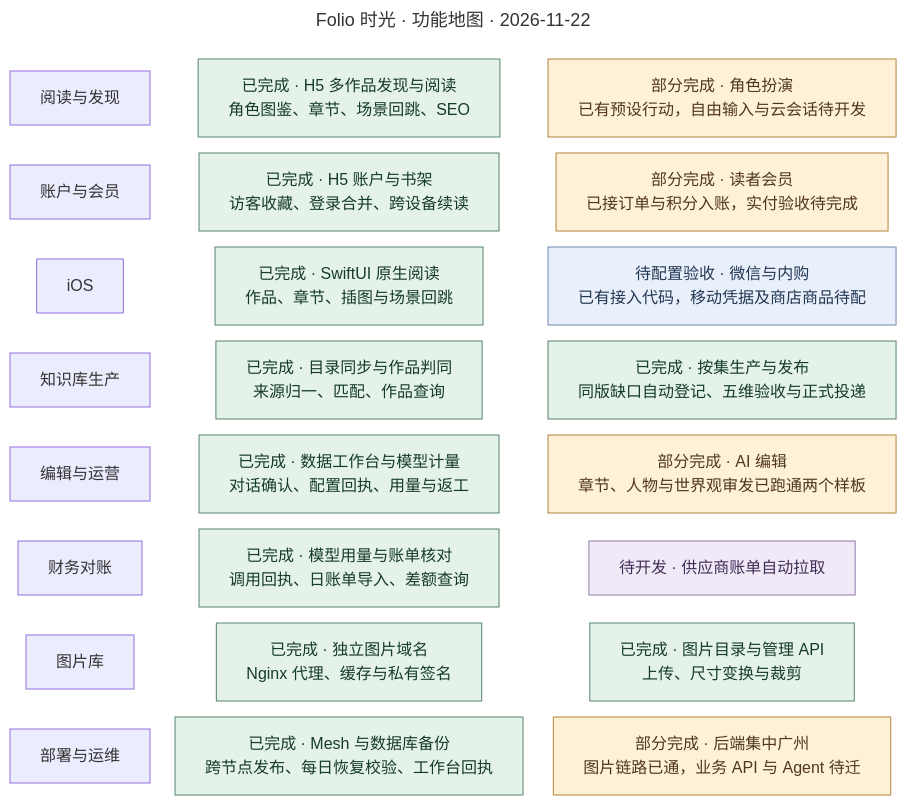
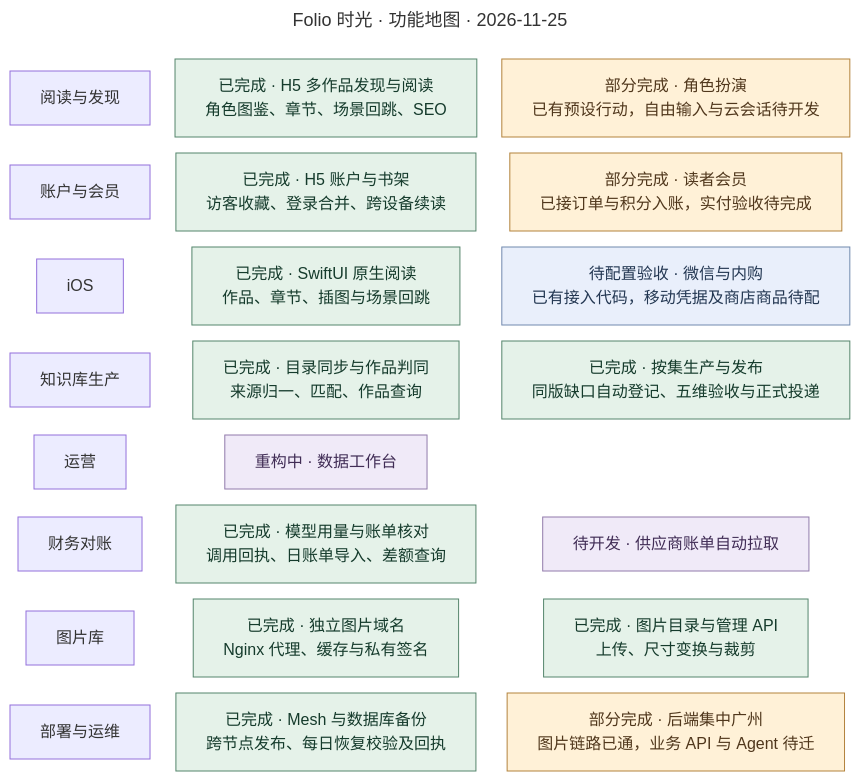
The diagram in docs/diagrams/features.mmd (bluedao10000/player), drawn with Mermaid before and after one commit. The commit also changed 197 other files, not shown here.

```diff
--- a/docs/diagrams/features.mmd
+++ b/docs/diagrams/features.mmd
@@ -1,49 +1,48 @@
 ---
-title: Folio 时光 · 功能地图 · 2026-11-22
+title: Folio 时光 · 功能地图 · 2026-11-25
 config:
   flowchart:
     wrappingWidth: 320
     nodeSpacing: 16
     rankSpacing: 25
 ---
 flowchart LR
   read["阅读与发现"] ~~~ library["已完成 · H5 多作品发现与阅读<br/>角色图鉴、章节、场景回跳、SEO"] ~~~ play["部分完成 · 角色扮演<br/>已有预设行动，自由输入与云会话待开发"]
   user["账户与会员"] ~~~ account["已完成 · H5 账户与书架<br/>访客收藏、登录合并、跨设备续读"] ~~~ payment["部分完成 · 读者会员<br/>已接订单与积分入账，实付验收待完成"]
   mobile["iOS"] ~~~ ios["已完成 · SwiftUI 原生阅读<br/>作品、章节、插图与场景回跳"] ~~~ store["待配置验收 · 微信与内购<br/>已有接入代码，移动凭据及商店商品待配"]
   data["知识库生产"] ~~~ sync["已完成 · 目录同步与作品判同<br/>来源归一、匹配、作品查询"] ~~~ publish["已完成 · 按集生产与发布<br/>同版缺口自动登记、五维验收与正式投递"]
-  ops["编辑与运营"] ~~~ desk["已完成 · 数据工作台与模型计量<br/>对话确认、配置回执、用量与返工"] ~~~ edit["部分完成 · AI 编辑<br/>章节、人物与世界观审发已跑通两个样板"]
+  ops["运营"] ~~~ desk["重构中 · 数据工作台"]
   finance["财务对账"] ~~~ ledger["已完成 · 模型用量与账单核对<br/>调用回执、日账单导入、差额查询"] ~~~ bills["待开发 · 供应商账单自动拉取"]
   media["图片库"] ~~~ delivery["已完成 · 独立图片域名<br/>Nginx 代理、缓存与私有签名"] ~~~ assets["已完成 · 图片目录与管理 API<br/>上传、尺寸变换与裁剪"]
-  infra["部署与运维"] ~~~ backup["已完成 · Mesh 与数据库备份<br/>跨节点发布、每日恢复校验、工作台回执"] ~~~ cloud["部分完成 · 后端集中广州<br/>图片链路已通，业务 API 与 Agent 待迁"]
+  infra["部署与运维"] ~~~ backup["已完成 · Mesh 与数据库备份<br/>跨节点发布、每日恢复校验及回执"] ~~~ cloud["部分完成 · 后端集中广州<br/>图片链路已通，业务 API 与 Agent 待迁"]
   classDef done fill:#e5f2e9,stroke:#55856c,color:#153b2c
   classDef partial fill:#fff1d7,stroke:#b3833d,color:#50371c
   classDef todo fill:#f0eaf8,stroke:#917bab,color:#412d56
   classDef pending fill:#e9effb,stroke:#7189ae,color:#233752
-  class library,account,ios,sync,publish,desk,backup,ledger,assets,delivery done
-  class play,payment,edit,cloud partial
+  class library,account,ios,sync,publish,backup,ledger,assets,delivery done
+  class play,payment,cloud partial
   class store pending
-  class bills todo
+  class bills,desk todo
 %% read | 读者从公开作品页进入人物、章节和场景。 | docs/功能地图.md
 %% library | 首页和目录支持多作品，静态站使用客户端 canonical、JSON-LD 与服务端 sitemap。 | docs/架构实现核验.md
 %% play | 原创角色支持预设剧情行动与本地存档。读者自由输入、持久角色状态与跨设备续玩待接入。 | apps/web/src/features/post/roleplay-controls.tsx
 %% user | 涵盖 H5 身份、书架、读者会员。 | docs/读者账户/设计.md
 %% account | 邮箱登录后可合并或跳过本机记录，在新设备恢复到原段落。 | apps/api/internal/handler/knowledge/reader_test.go
 %% payment | Free、Plus、Pro、会员订单与积分入账已有实现。读者会员积分消费入口待开发。 | docs/功能地图.md
 %% mobile | 原生阅读与发行、登录及商店配置分别验收。 | apps/ios/README.md
 %% ios | 模拟器已从正式站进入火影章节并解码 11 张图。角色与场景入口支持回到原段。 | apps/ios/Folio/Reading.swift
 %% store | 微信移动应用凭据、App Store 商品配置与真机支付验收待完成。 | apps/ios/README.md
 %% data | 知识库以 PostgreSQL 保存来源、业务作品和定稿指针。 | docs/knowledge-base.md
 %% sync | 目录按版本同步，规则归并与 AI 辅助判同支持候选审计。 | apps/api/internal/service/knowledge/curation.go
 %% publish | 数据服务按分集配置调度 Pi；通过五维验收后按定稿指纹投递并校验公开路径。 | apps/sync/cmd/reader-release
-%% ops | 内部工作台区分内容审稿与运行观察。 | apps/web/src/routes/workbench.tsx
-%% desk | 本地对话确认结构化计划差异，并显示配置、模型回执和失败记录。 | apps/web/src/features/workbench/editor-desk.tsx
-%% edit | 两个样板支持一句话修订章节、场景、人物及世界观，手机预览后整项审发。 | docs/功能地图.md
+%% ops | 运营任务的运行记录由数据库保存。 | docs/运维手册.md
+%% desk | 旧工作台页面及专用接口已下线。 | docs/功能地图.md
 %% finance | 按供应商、用途和模型追踪实际调用与账务差异。 | docs/模型用量与计费.md
 %% ledger | 已支持导入日账单并按币种核对。 | apps/api/internal/repository/queries/billing/queries.queries
 %% bills | 供应商日账单仍需导入。 | docs/模型用量与计费.md
 %% media | 独立域名统一读取业务图片。 | docs/图片库架构.md
 %% delivery | 图片域名经 Nginx 连接广州 Axum，支持公开缓存及私有签名。 | deploy/gateway/nginx/nginx.conf
 %% assets | 独立实例提供目录、上传、变换和私有签名。 | apps/image/README.md
 %% infra | 四个 Mesh 节点分别承担公网入口、制作、媒体与备份。 | docs/部署架构.md
-%% backup | 每日广州数据库快照在 K3s 恢复并逐表核对，内部面板保留成功回执、大小、耗时和失败原因。 | deploy/pg-backup/README.md
+%% backup | 每日广州数据库快照在 K3s 恢复并逐表核对，制作库保留成功回执、大小、耗时和失败原因。 | deploy/pg-backup/README.md
 %% cloud | 目标为阿里云前端和网关、广州业务与 Pi、硅谷轻量模型出口。静态站与独立图片域名已完成公网切换。 | docs/部署架构.md
```
